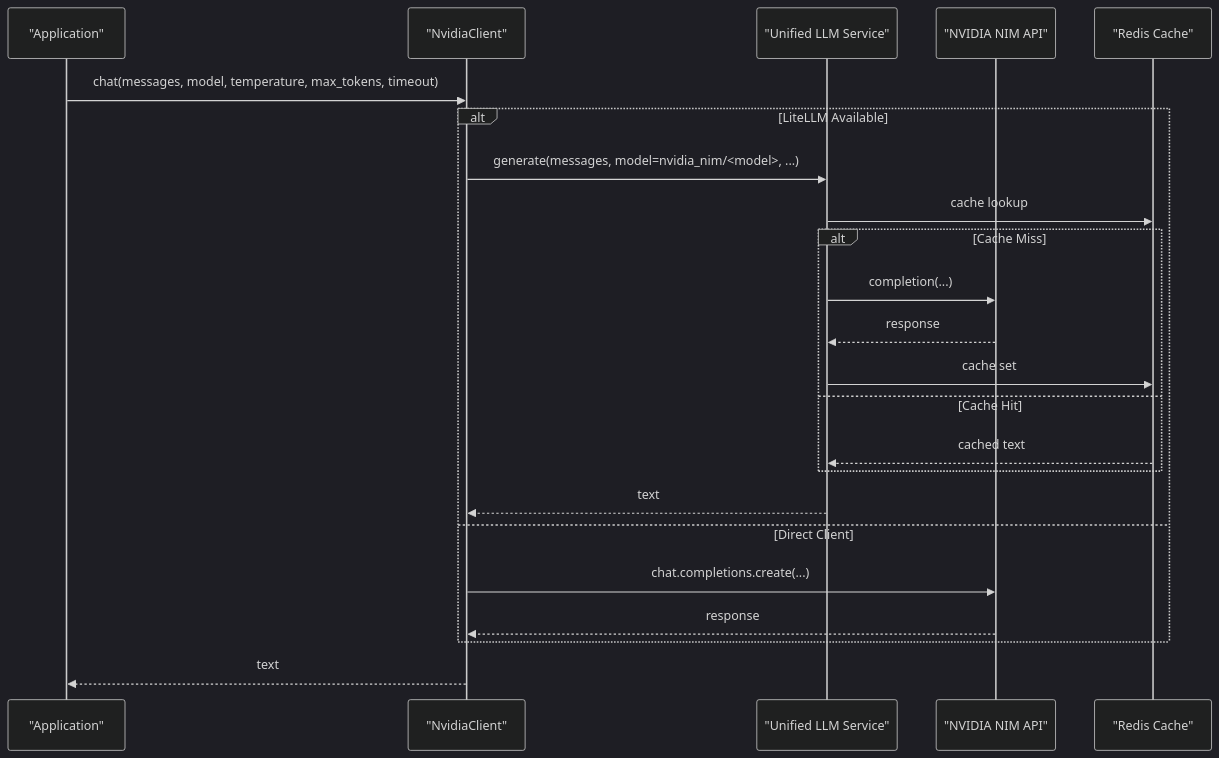
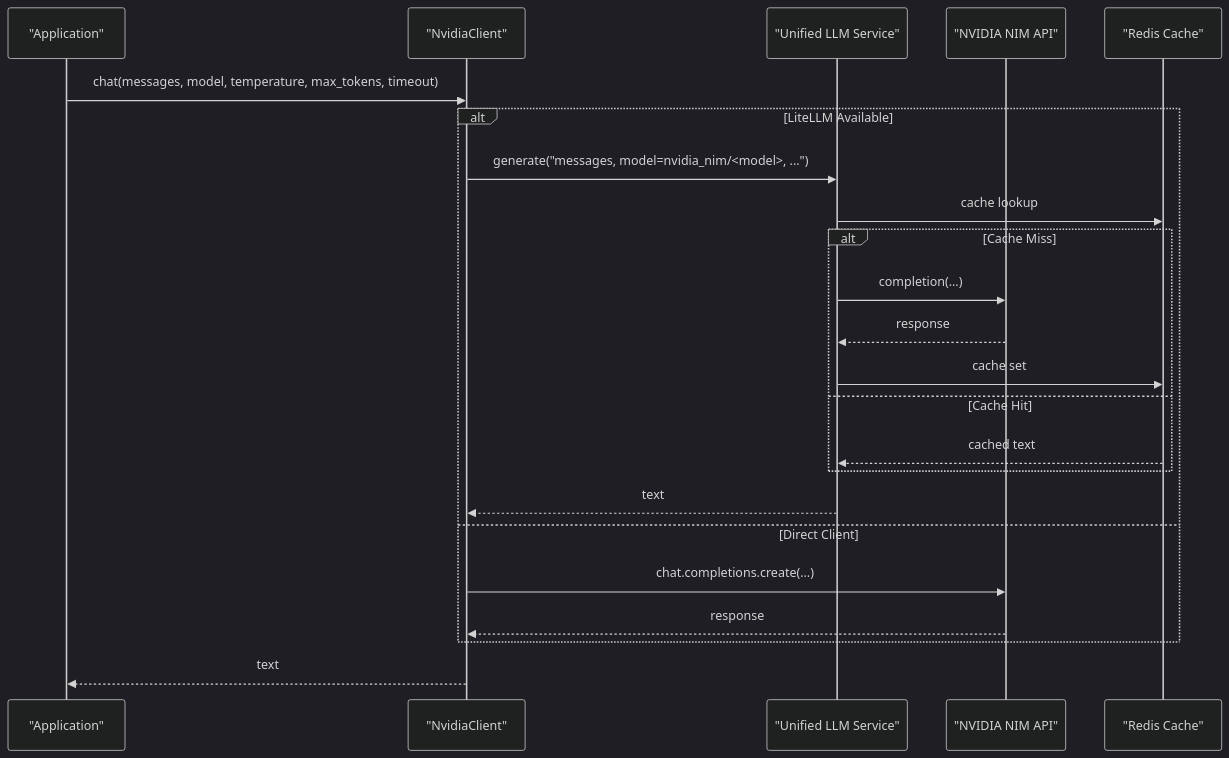
Before and after one commit to rohitkumarnaidu/ScholarFormAI: the second of 5 diagrams in docs/docs/knowledge/AI_ML Integration/NVIDIA NIM Integration.md, drawn with Mermaid (dark theme). The commit also changed 73 other files, not shown here.

First line of the commit message:
docs: enterprise-level markdown upgrade with Mermaid diagrams

````diff
--- a/docs/docs/knowledge/AI_ML Integration/NVIDIA NIM Integration.md
+++ b/docs/docs/knowledge/AI_ML Integration/NVIDIA NIM Integration.md
@@ -94,25 +94,25 @@
 ```mermaid
 sequenceDiagram
 participant App as "Application"
 participant NC as "NvidiaClient"
 participant LLM as "Unified LLM Service"
 participant NV as "NVIDIA NIM API"
 participant RC as "Redis Cache"
 App->>NC : chat(messages, model, temperature, max_tokens, timeout)
 alt LiteLLM Available
-NC->>LLM : generate(messages, model=nvidia_nim/<model>, ...)
+NC->>LLM : generate("messages, model=nvidia_nim/<model>, ...")
 LLM->>RC : cache lookup
 alt Cache Miss
 LLM->>NV : completion(...)
 NV-->>LLM : response
 LLM->>RC : cache set
 else Cache Hit
 RC-->>LLM : cached text
 end
 LLM-->>NC : text
 else Direct Client
 NC->>NV : chat.completions.create(...)
 NV-->>NC : response
 end
 NC-->>App : text
 ```
````
